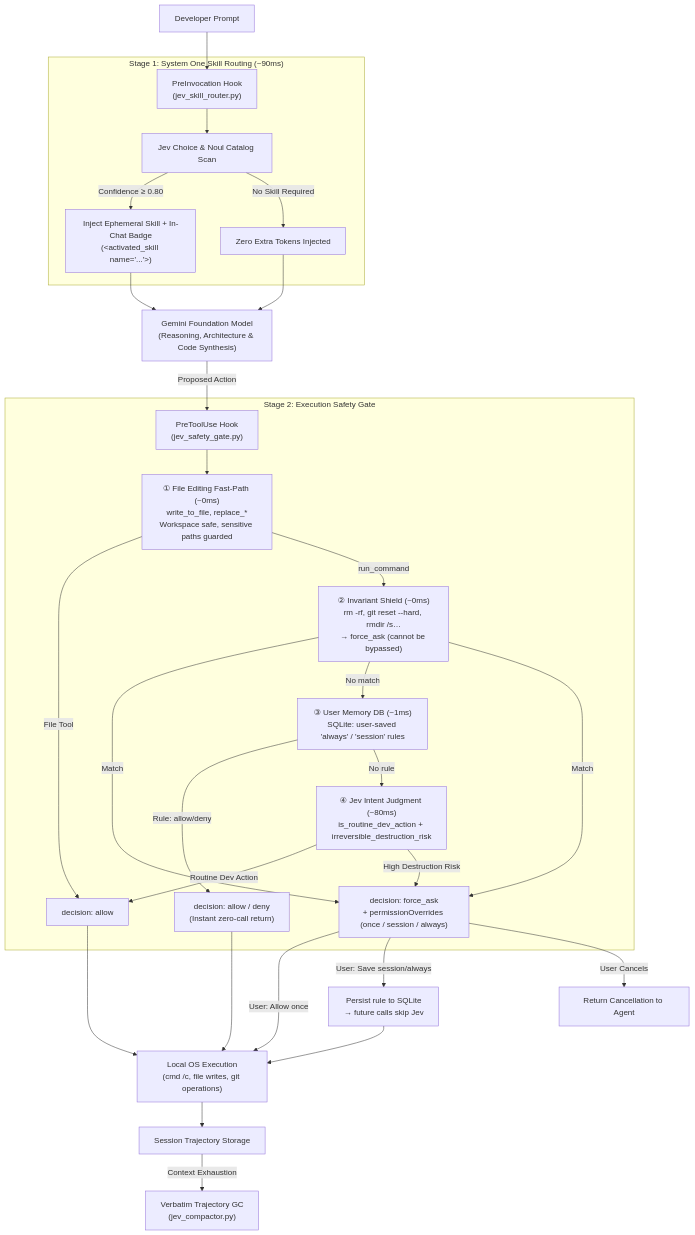
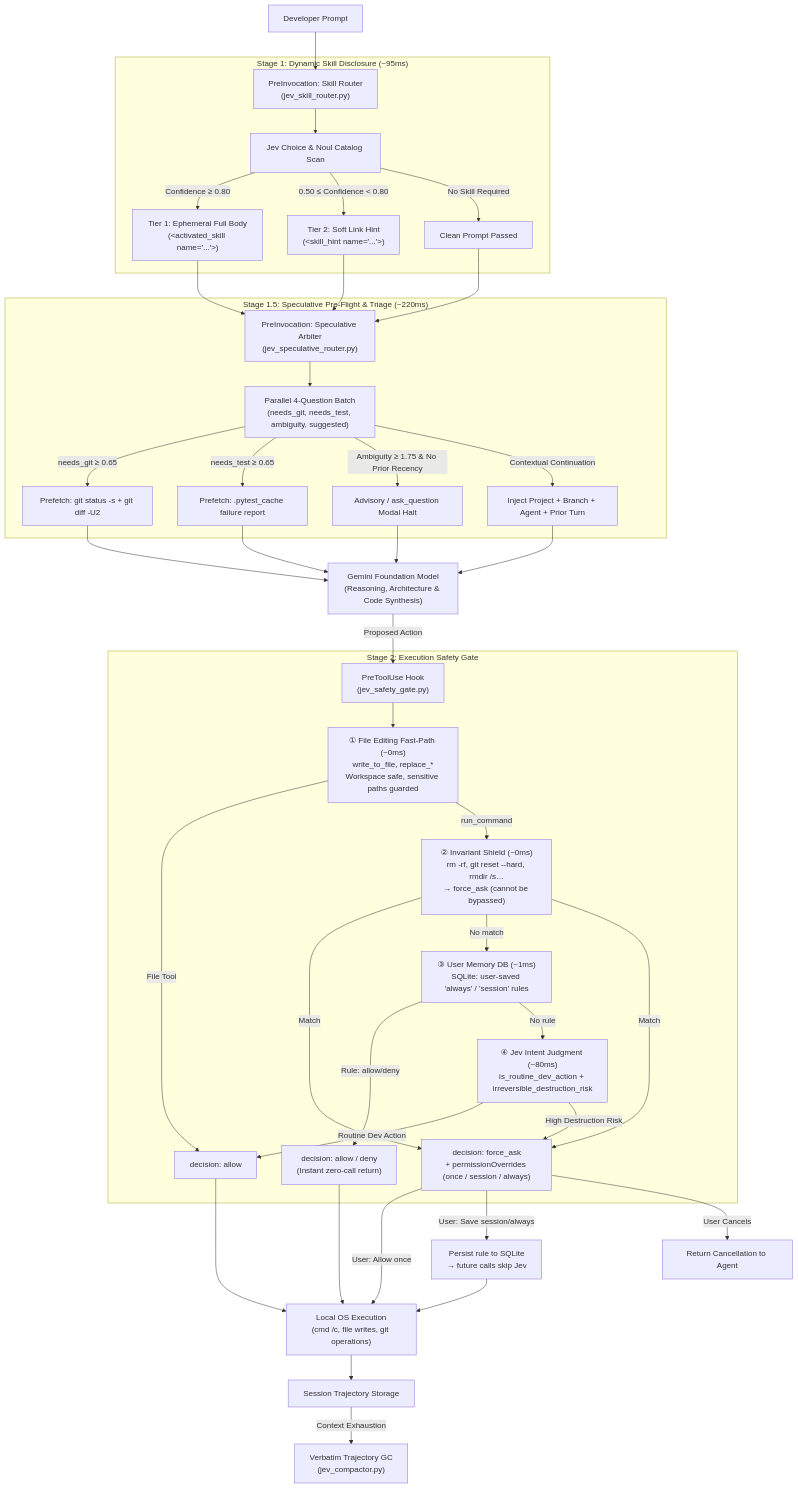
One commit to Ajasra/jev-hooks changed the diagram in README.md. Above: the diagram before and after it, drawn with Mermaid. The commit also changed other lines of this file and 1 other file, not shown here.

Commit message:
docs: add .agents architecture README and update README with speculative arbiter flow

````diff
--- a/README.md
+++ b/README.md
@@ -62,38 +71,53 @@
 ```mermaid
 flowchart TD
-    UserPrompt["Developer Prompt"] --> Hook_PreInv["PreInvocation Hook<br/>(jev_skill_router.py)"]
+    UserPrompt["Developer Prompt"] --> Hook_PreInv_Skills["PreInvocation: Skill Router<br/>(jev_skill_router.py)"]
 
-    subgraph S1 ["Stage 1: System One Skill Routing (~90ms)"]
-        Hook_PreInv --> JevChoice["Jev Choice & Noul Catalog Scan"]
-        JevChoice -->|Confidence ≥ 0.80| InjectBadge["Inject Ephemeral Skill + In-Chat Badge<br/>(&lt;activated_skill name='...'&gt;)"]
-        JevChoice -->|No Skill Required| CleanPrompt["Zero Extra Tokens Injected"]
+    subgraph S1 ["Stage 1: Dynamic Skill Disclosure (~95ms)"]
+        Hook_PreInv_Skills --> JevChoice["Jev Choice & Noul Catalog Scan"]
+        JevChoice -->|Confidence ≥ 0.80| InjectSkill["Tier 1: Ephemeral Full Body<br/>(&lt;activated_skill name='...'&gt;)"]
+        JevChoice -->|0.50 ≤ Confidence < 0.80| InjectHint["Tier 2: Soft Link Hint<br/>(&lt;skill_hint name='...'&gt;)"]
+        JevChoice -->|No Skill Required| PassPrompt["Clean Prompt Passed"]
     end
 
-    InjectBadge --> LLM_Turn["Gemini Foundation Model<br/>(Reasoning, Architecture & Code Synthesis)"]
-    CleanPrompt --> LLM_Turn
+    InjectSkill --> Hook_PreInv_Spec["PreInvocation: Speculative Arbiter<br/>(jev_speculative_router.py)"]
+    InjectHint --> Hook_PreInv_Spec
+    PassPrompt --> Hook_PreInv_Spec
+
+    subgraph S1_5 ["Stage 1.5: Speculative Pre-Flight & Triage (~220ms)"]
+        Hook_PreInv_Spec --> JevSpecBatch["Parallel 4-Question Batch<br/>(needs_git, needs_test, ambiguity, suggested)"]
+        JevSpecBatch -->|needs_git ≥ 0.65| PrefetchGit["Prefetch: git status -s + git diff -U2"]
+        JevSpecBatch -->|needs_test ≥ 0.65| PrefetchTest["Prefetch: .pytest_cache failure report"]
+        JevSpecBatch -->|Ambiguity ≥ 1.75 & No Prior Recency| HaltModal["Advisory / ask_question Modal Halt"]
+        JevSpecBatch -->|Contextual Continuation| EnrichContext["Inject Project + Branch + Agent + Prior Turn"]
+    end
+
+    PrefetchGit --> LLM_Turn["Gemini Foundation Model<br/>(Reasoning, Architecture & Code Synthesis)"]
+    PrefetchTest --> LLM_Turn
+    HaltModal --> LLM_Turn
+    EnrichContext --> LLM_Turn
 
     LLM_Turn -->|Proposed Action| Hook_PreTool["PreToolUse Hook<br/>(jev_safety_gate.py)"]
 
     subgraph S2 ["Stage 2: Execution Safety Gate"]
         Hook_PreTool --> FileFast["① File Editing Fast-Path (~0ms)<br/>write_to_file, replace_*<br/>Workspace safe, sensitive paths guarded"]
         FileFast -->|File Tool| AutoAllow["decision: allow"]
         FileFast -->|run_command| CritShield["② Invariant Shield (~0ms)<br/>rm -rf, git reset --hard, rmdir /s…<br/>→ force_ask (cannot be bypassed)"]
         CritShield -->|Match| ForceAsk["decision: force_ask<br/>+ permissionOverrides (once / session / always)"]
         CritShield -->|No match| DBLookup["③ User Memory DB (~1ms)<br/>SQLite: user-saved 'always' / 'session' rules"]
         DBLookup -->|Rule: allow/deny| DBResult["decision: allow / deny<br/>(Instant zero-call return)"]
         DBLookup -->|No rule| JevBlast["④ Jev Intent Judgment (~80ms)<br/>is_routine_dev_action + irreversible_destruction_risk"]
         JevBlast -->|Routine Dev Action| AutoAllow
         JevBlast -->|High Destruction Risk| ForceAsk
     end
 
     CritShield -->|Match| ForceAsk
     DBResult --> ToolExec["Local OS Execution<br/>(cmd /c, file writes, git operations)"]
     AutoAllow --> ToolExec
     ForceAsk -->|User: Allow once| ToolExec
     ForceAsk -->|User: Save session/always| SaveDB["Persist rule to SQLite<br/>→ future calls skip Jev"]
     SaveDB --> ToolExec
     ForceAsk -->|User Cancels| AbortAction["Return Cancellation to Agent"]
 
     ToolExec --> SessionStore["Session Trajectory Storage"]
     SessionStore -->|Context Exhaustion| JevCompactor["Verbatim Trajectory GC<br/>(jev_compactor.py)"]
 ```
````
